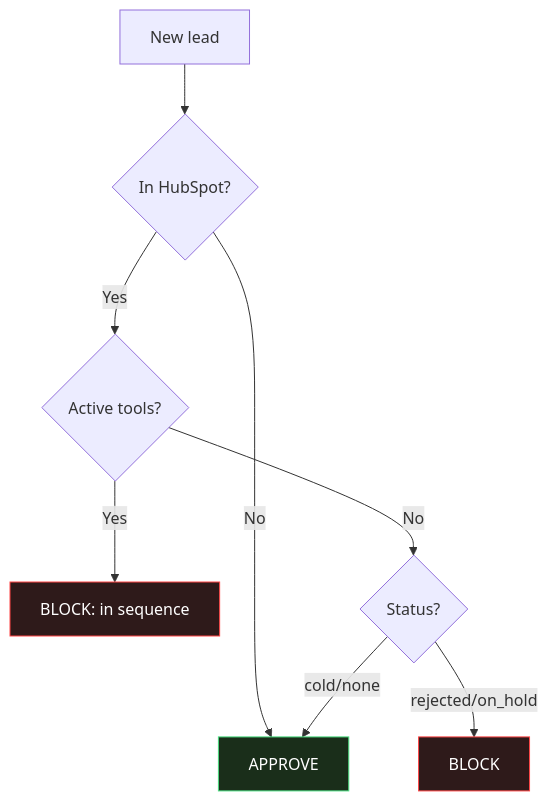
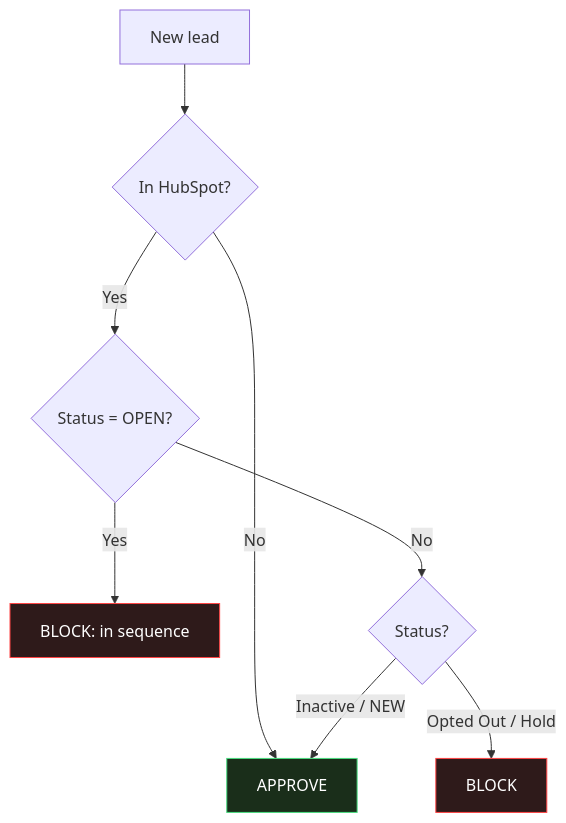
Before and after one commit to Artemponomarev/ai-agent-guides: diagram 11 of 12 in Kernelics email outreaching automation/architecture.md, drawn with Mermaid. The commit also changed other lines of this file, not shown here.

First line of the commit message:
Align architecture with actual HubSpot/Apollo setup

````diff
--- a/Kernelics email outreaching automation/architecture.md
+++ b/Kernelics email outreaching automation/architecture.md
@@ -365,14 +396,14 @@
 ```mermaid
 flowchart TD
     NEW[New lead] --> Q{In HubSpot?}
     Q -->|No| OK[APPROVE]
-    Q -->|Yes| ACT{Active tools?}
+    Q -->|Yes| ACT{Status = OPEN?}
     ACT -->|Yes| BL1[BLOCK: in sequence]
     ACT -->|No| REP{Status?}
-    REP -->|rejected/on_hold| BL2[BLOCK]
-    REP -->|cold/none| OK
+    REP -->|Opted Out / Hold| BL2[BLOCK]
+    REP -->|Inactive / NEW| OK
 
     style BL1 fill:#2e1a1a,stroke:#ff4545,color:#fff
     style BL2 fill:#2e1a1a,stroke:#ff4545,color:#fff
     style OK fill:#1a2e1a,stroke:#4ade80,color:#fff
 ```
````
